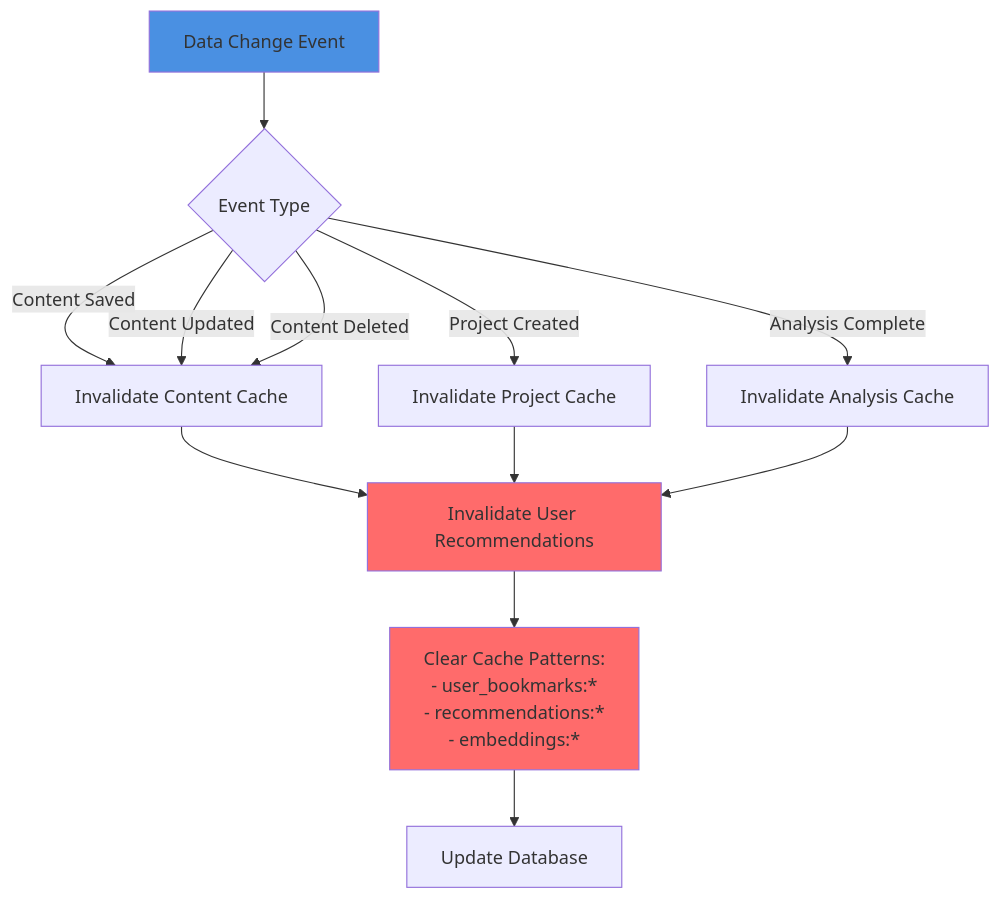
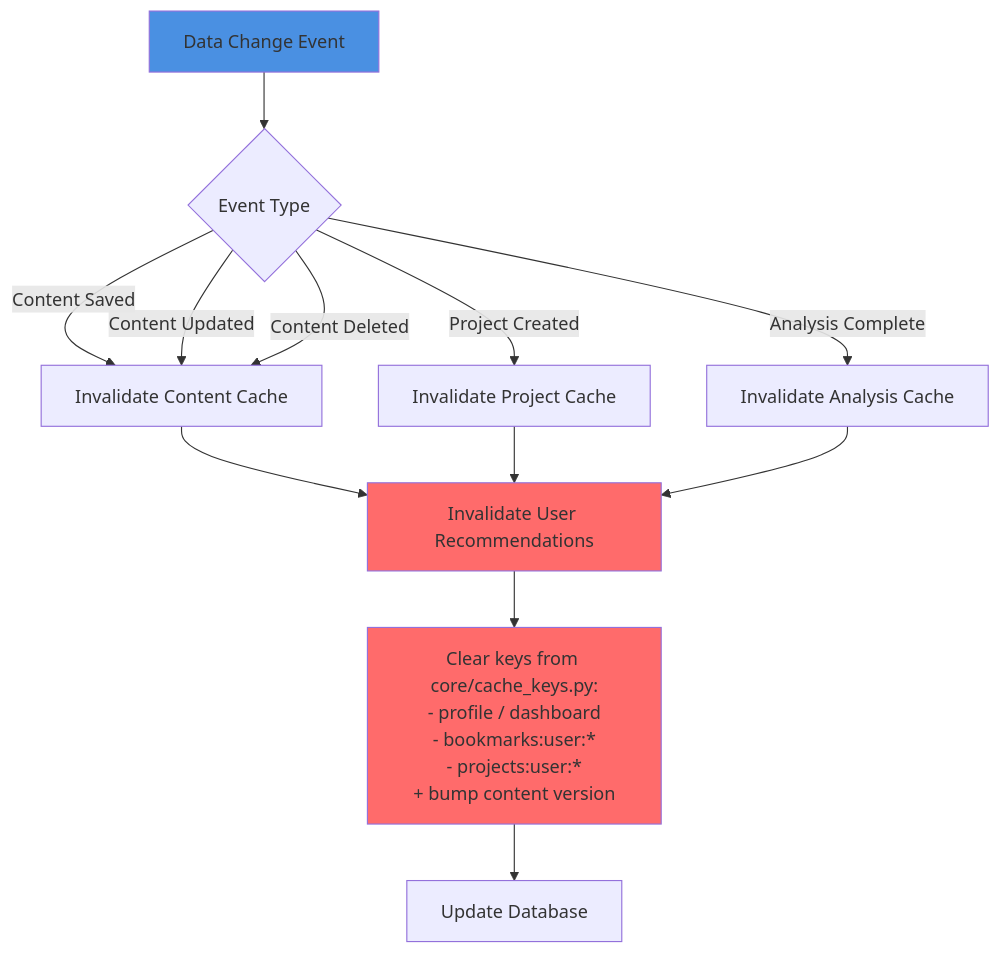
Before and after one commit to Ujjwaljain16/Fuze: the seventh of 21 diagrams in docs/ARCHITECTURE.md, drawn with Mermaid. The commit also changed other lines of this file and 6 other files, not shown here.

First line of the commit message:
docs: architecture, API and security docs describe the code as it is

````diff
--- a/docs/ARCHITECTURE.md
+++ b/docs/ARCHITECTURE.md
@@ -558,22 +545,22 @@
 ```mermaid
 flowchart TD
     Event[Data Change Event] --> Identify{Event Type}
     
     Identify -->|Content Saved| InvalidateContent[Invalidate Content Cache]
     Identify -->|Content Updated| InvalidateContent
     Identify -->|Content Deleted| InvalidateContent
     Identify -->|Project Created| InvalidateProject[Invalidate Project Cache]
     Identify -->|Analysis Complete| InvalidateAnalysis[Invalidate Analysis Cache]
     
     InvalidateContent --> InvalidateUser[Invalidate User Recommendations]
     InvalidateProject --> InvalidateUser
     InvalidateAnalysis --> InvalidateUser
     
-    InvalidateUser --> ClearPatterns[Clear Cache Patterns:<br/>- user_bookmarks:*<br/>- recommendations:*<br/>- embeddings:*]
+    InvalidateUser --> ClearPatterns[Clear keys from core/cache_keys.py:<br/>- profile / dashboard<br/>- bookmarks:user:*<br/>- projects:user:*<br/>+ bump content version]
     
     ClearPatterns --> UpdateDB[Update Database]
     
     style Event fill:#4a90e2
     style InvalidateUser fill:#ff6b6b
     style ClearPatterns fill:#ff6b6b
 ```
````
